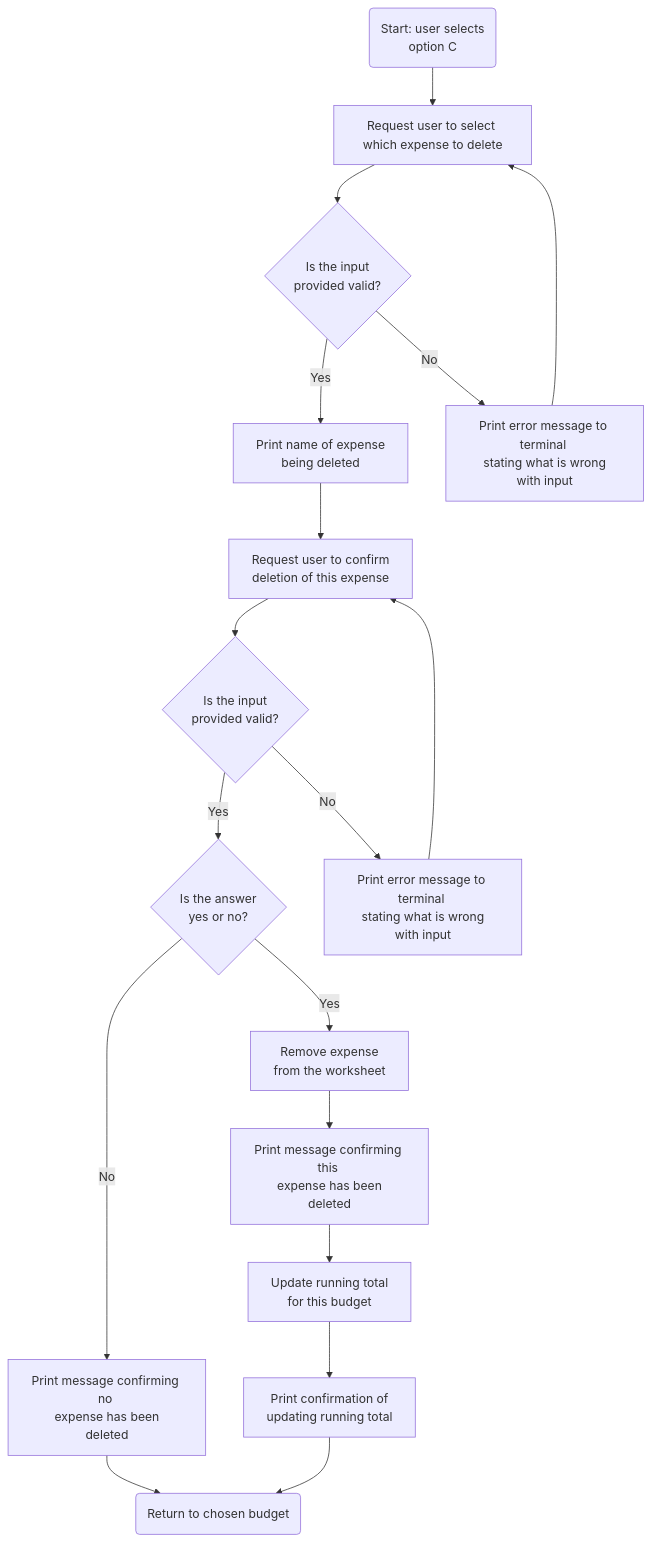
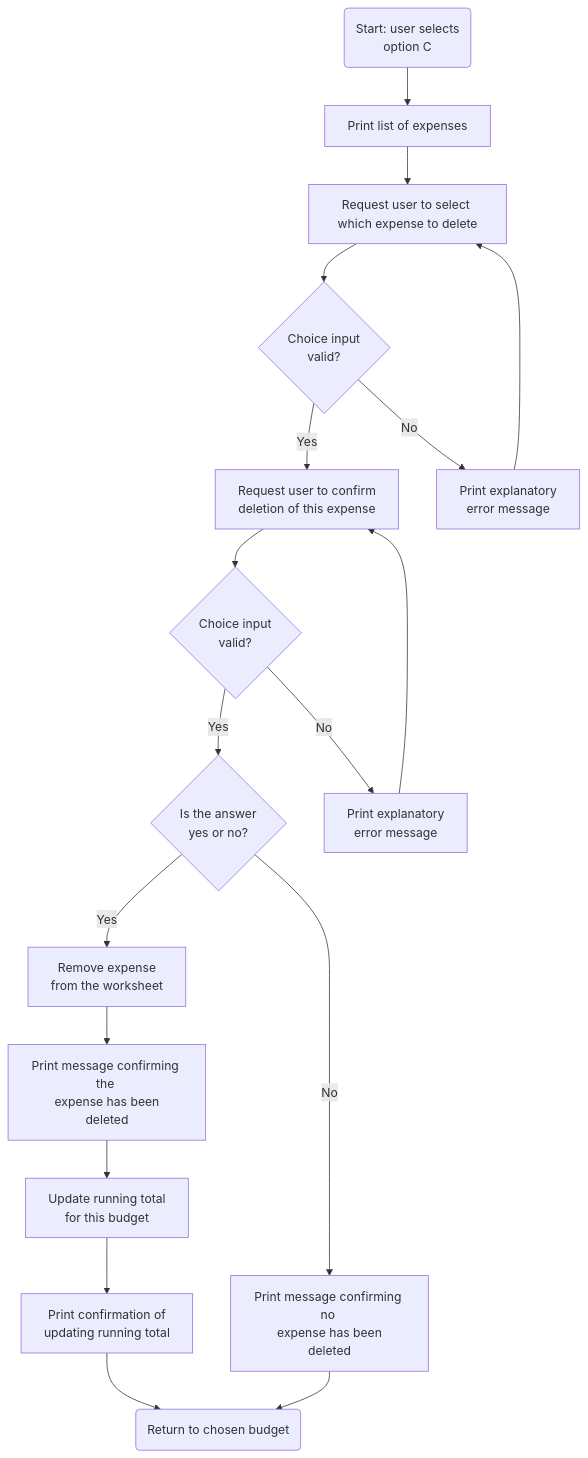
The seventh of 8 diagrams in README.md (EvitaKnits/Cashflow-Companion), drawn with Mermaid before and after one commit. The commit also changed other lines of this file and 1 other file, not shown here.

````diff
--- a/README.md
+++ b/README.md
@@ -262,20 +326,20 @@
 ```mermaid
 flowchart TD
-    A(Start: user selects \n option C) --> B[Request user to select which expense to delete]
-    B --> C{Is the input \n provided valid?}
-    C -->|Yes| E[Print name of expense \n being deleted]
-    C -->|No| D[Print error message to terminal \n stating what is wrong with input]
-    D -->B
-    E -->F[Request user to confirm \n deletion of this expense]
-    F --> G{Is the input \n provided valid?}
-    G -->|Yes| I{Is the answer \n yes or no?}
-    G -->|No| H[Print error message to terminal \n stating what is wrong with input]
-    H --> F
-    I -->|Yes| J[Remove expense \n from the worksheet]
-    I --> |No| K[Print message confirming no \n expense has been deleted]
-    K --> O
-    N --> L[Update running total \n for this budget]
+    A(Start: user selects \n option C) --> A1[Print list of expenses]
+    A1-->B[Request user to select which expense to delete]
+    B-->C{Choice input\n valid?}
+    C-->|Yes|E[Request user to confirm \n deletion of this expense]
+    C-->|No| D[Print explanatory\n error message]
+    D-->B
+    E-->F{Choice input\n valid?}
+    F-->|Yes|G{Is the answer \n yes or no?}
+    F-->|No|H[Print explanatory\n error message]
+    H-->E
+    G-->|Yes|I[Remove expense \n from the worksheet]
+    G-->|No|J[Print message confirming no \n expense has been deleted]
+    I-->K[Print message confirming the \n expense has been deleted]
+    K --> L[Update running total \n for this budget]
     L --> M[Print confirmation of \n updating running total]
-    J --> N[Print message confirming this \n expense has been deleted]
     M --> O(Return to chosen budget)
+    J-->O
 ```
````
